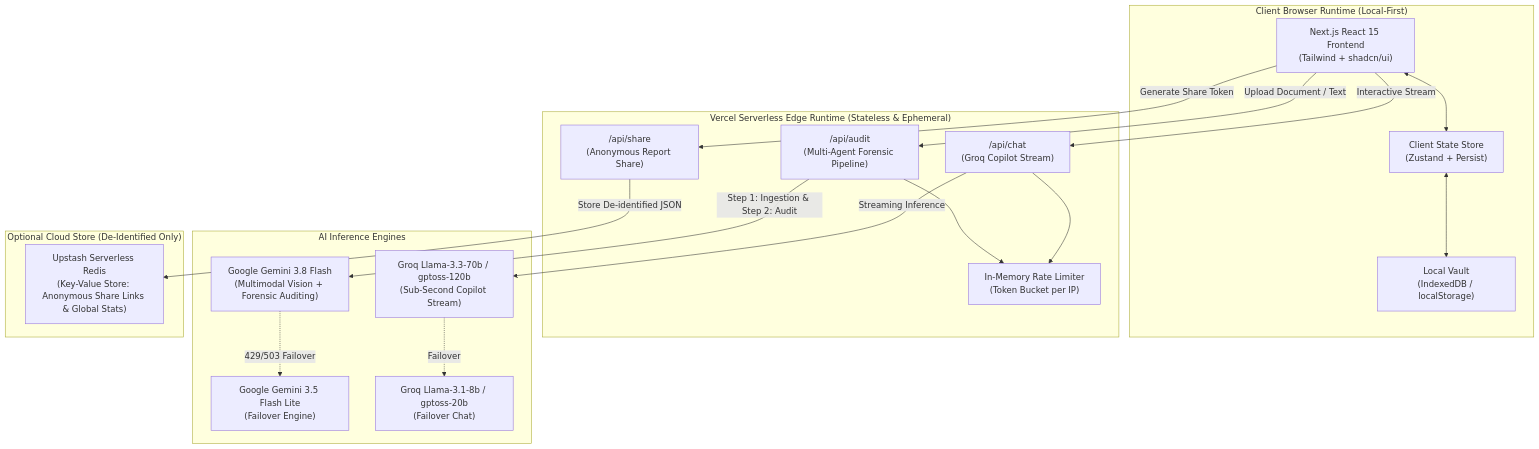
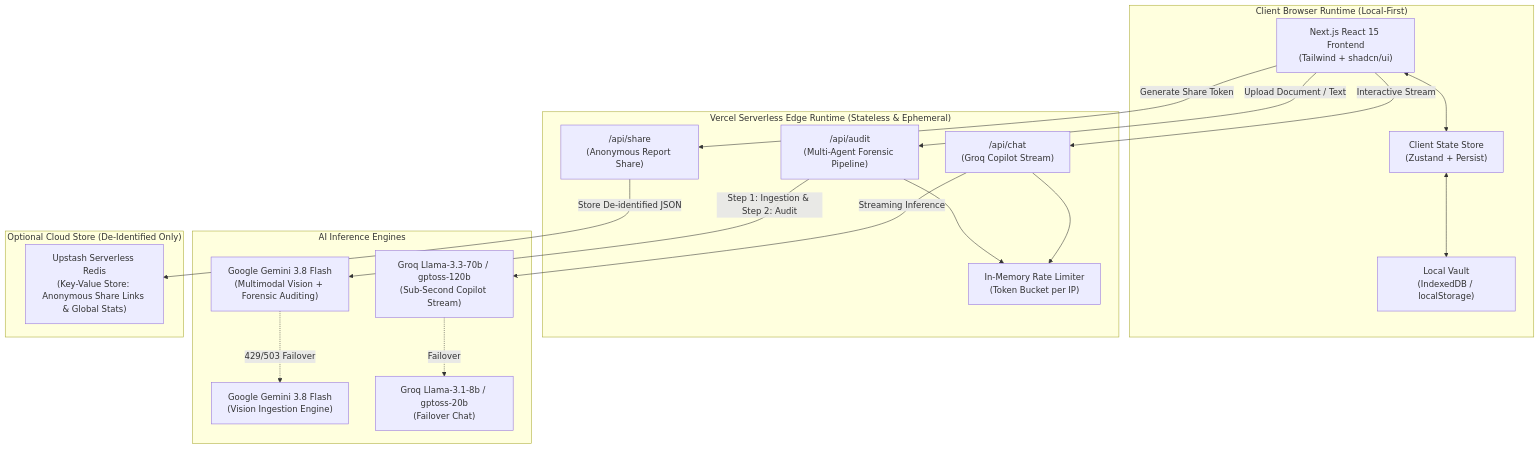
The first of 2 diagrams in docs/02_SYSTEM_ARCHITECTURE.md (z-lovejeet/UnBill), drawn with Mermaid before and after one commit. The commit also changed 2 other files, not shown here.

Commit message:
docs: align architecture specifications to Gemini 3.8 Flash

````diff
--- a/docs/02_SYSTEM_ARCHITECTURE.md
+++ b/docs/02_SYSTEM_ARCHITECTURE.md
@@ -15,43 +15,43 @@
 ```mermaid
 graph TD
     subgraph Client["Client Browser Runtime (Local-First)"]
         UI["Next.js React 15 Frontend<br/>(Tailwind + shadcn/ui)"]
         State["Client State Store<br/>(Zustand + Persist)"]
         LocalDB["Local Vault<br/>(IndexedDB / localStorage)"]
         UI <--> State
         State <--> LocalDB
     end
 
     subgraph Edge["Vercel Serverless Edge Runtime (Stateless & Ephemeral)"]
         API_Audit["/api/audit<br/>(Multi-Agent Forensic Pipeline)"]
         API_Chat["/api/chat<br/>(Groq Copilot Stream)"]
         API_Share["/api/share<br/>(Anonymous Report Share)"]
         Limiter["In-Memory Rate Limiter<br/>(Token Bucket per IP)"]
     end
 
     subgraph AI_Providers["AI Inference Engines"]
         GeminiPrimary["Google Gemini 3.8 Flash<br/>(Multimodal Vision + Forensic Auditing)"]
-        GeminiFallback["Google Gemini 3.5 Flash Lite<br/>(Failover Engine)"]
+        GeminiFallback["Google Gemini 3.8 Flash<br/>(Vision Ingestion Engine)"]
         GroqPrimary["Groq Llama-3.3-70b / gptoss-120b<br/>(Sub-Second Copilot Stream)"]
         GroqFallback["Groq Llama-3.1-8b / gptoss-20b<br/>(Failover Chat)"]
     end
 
     subgraph CloudStorage["Optional Cloud Store (De-Identified Only)"]
         Upstash["Upstash Serverless Redis<br/>(Key-Value Store: Anonymous Share Links & Global Stats)"]
     end
 
     UI -->|"Upload Document / Text"| API_Audit
     UI -->|"Interactive Stream"| API_Chat
     UI -->|"Generate Share Token"| API_Share
 
     API_Audit --> Limiter
     API_Chat --> Limiter
 
     API_Audit -->|"Step 1: Ingestion & Step 2: Audit"| GeminiPrimary
     GeminiPrimary -.->|"429/503 Failover"| GeminiFallback
 
     API_Chat -->|"Streaming Inference"| GroqPrimary
     GroqPrimary -.->|"Failover"| GroqFallback
 
     API_Share -->|"Store De-identified JSON"| Upstash
 ```
````
